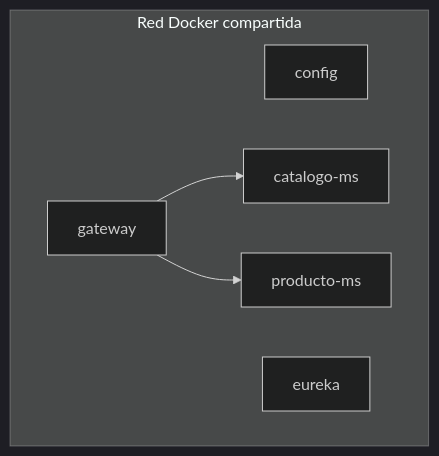
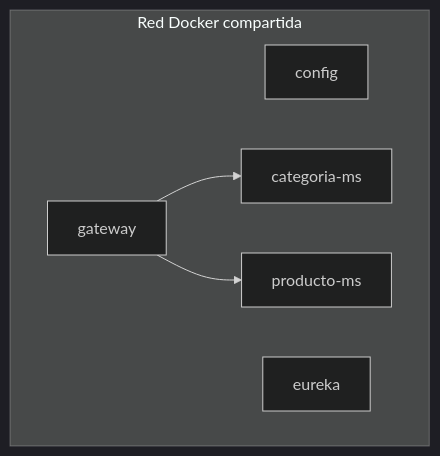
Before and after one commit to erickmijael17/SmartCampus-Marketplace: the second of 2 diagrams in docs/sesiones/s05-evaluacion-u1.md, drawn with Mermaid (dark theme). The commit also changed other lines of this file and 23 other files, not shown here.

Commit message:
docs: update frontend and payment flows

````diff
--- a/docs/sesiones/s05-evaluacion-u1.md
+++ b/docs/sesiones/s05-evaluacion-u1.md
@@ -60,11 +60,11 @@
 ```mermaid
 flowchart TB
     subgraph Net["Red Docker compartida"]
         CFG["config"]
         EU["eureka"]
         GW["gateway"]
-        CAT["catalogo-ms"]
+        CAT["categoria-ms"]
         PROD["producto-ms"]
     end
     GW --> CAT & PROD
 ```
````
